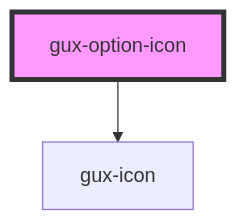
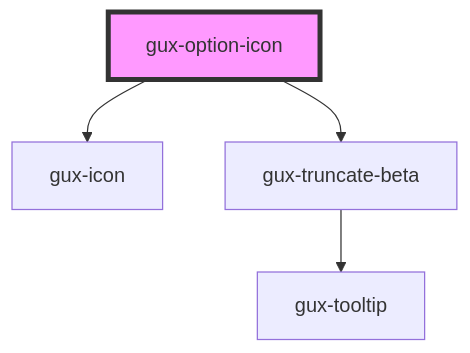
The diagram in packages/genesys-spark-components/src/components/stable/gux-listbox/options/gux-option-icon/readme.md (MyPureCloud/genesys-spark), drawn with Mermaid before and after one commit. The commit also changed other lines of this file and 23 other files, not shown here.

First line of the commit message:
fix(gux-dropdown): truncate long text and show tooltip (#1237)

````diff
--- a/packages/genesys-spark-components/src/components/stable/gux-listbox/options/gux-option-icon/readme.md
+++ b/packages/genesys-spark-components/src/components/stable/gux-listbox/options/gux-option-icon/readme.md
@@ -37,5 +38,7 @@
 ```mermaid
 graph TD;
   gux-option-icon --> gux-icon
+  gux-option-icon --> gux-truncate-beta
+  gux-truncate-beta --> gux-tooltip
   style gux-option-icon fill:#f9f,stroke:#333,stroke-width:4px
 ```
````
